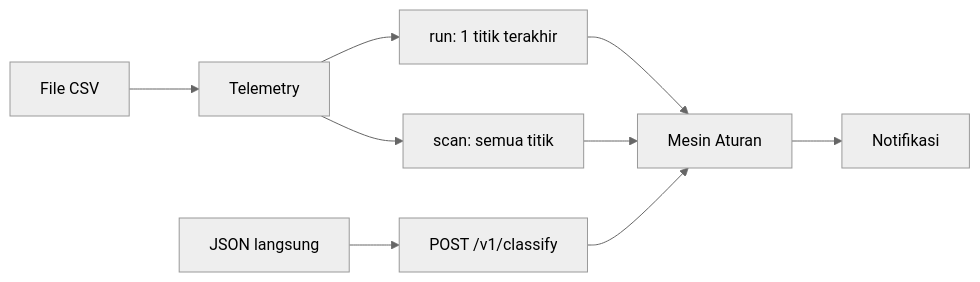
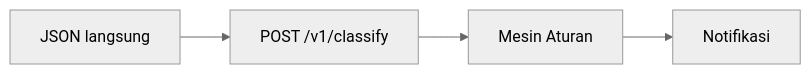
Before and after one commit to edo-z/classify-pump-failure: the diagram in App/service/classification/docs/19-jalur-masuk-dan-peran.md, drawn with Mermaid (neutral theme). The commit also changed other lines of this file and 103 other files, not shown here.

````diff
--- a/App/service/classification/docs/19-jalur-masuk-dan-peran.md
+++ b/App/service/classification/docs/19-jalur-masuk-dan-peran.md
@@ -13,10 +16,6 @@
 ```mermaid
 flowchart LR
-    CSV[File CSV] --> TEL[Telemetry] --> RUN[run: 1 titik terakhir]
-    TEL --> SCAN[scan: semua titik]
     JSON[JSON langsung] --> V1[POST /v1/classify]
-    RUN --> ENG[Mesin Aturan]
-    SCAN --> ENG
-    V1 --> ENG
+    V1 --> ENG[Mesin Aturan]
     ENG --> NOTIF[Notifikasi]
 ```
````
